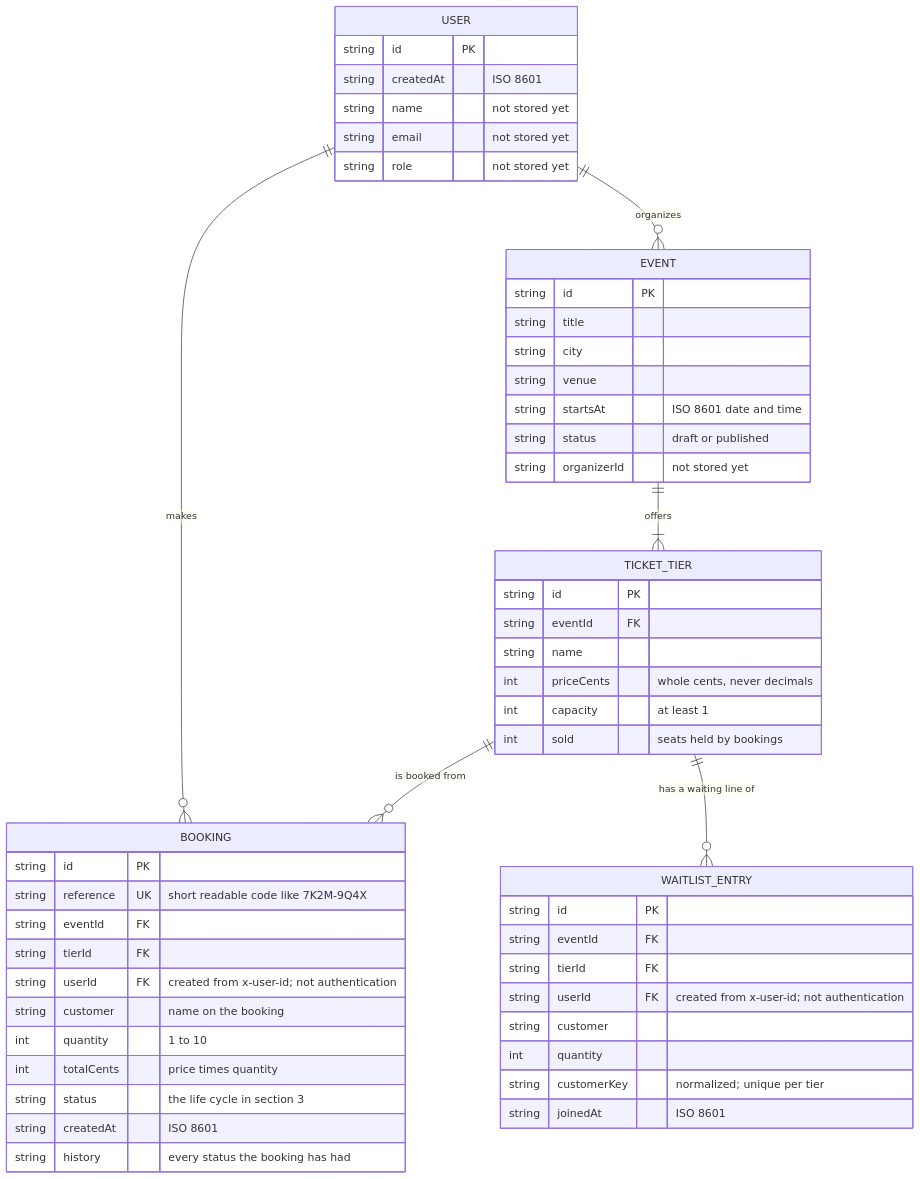
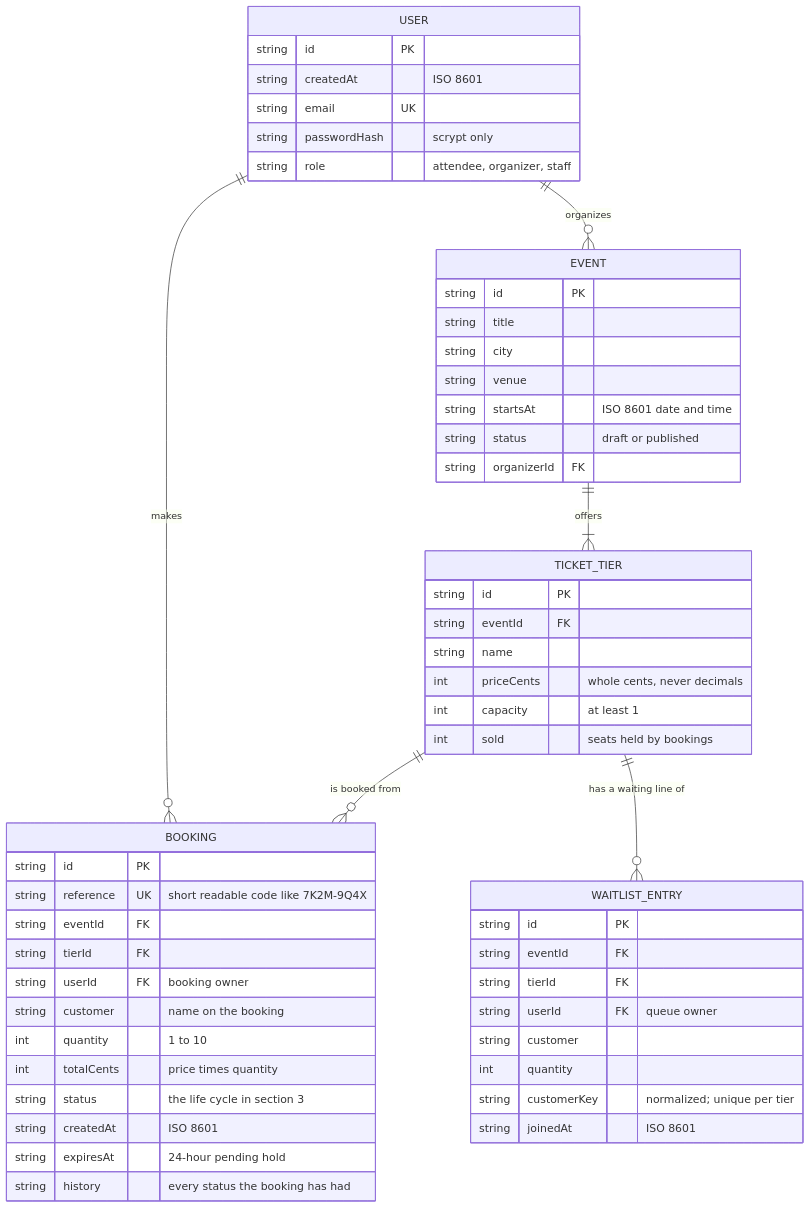
The second of 3 diagrams in docs/architecture.md (GreatEzekiel/my-dsa-capstone-project), drawn with Mermaid before and after one commit. The commit also changed other lines of this file and 43 other files, not shown here.

````diff
--- a/docs/architecture.md
+++ b/docs/architecture.md
@@ -102,56 +108,57 @@
 ```mermaid
 erDiagram
     USER ||--o{ EVENT : organizes
     USER ||--o{ BOOKING : makes
     EVENT ||--|{ TICKET_TIER : offers
     TICKET_TIER ||--o{ BOOKING : "is booked from"
     TICKET_TIER ||--o{ WAITLIST_ENTRY : "has a waiting line of"
 
     USER {
         string id PK
         string createdAt "ISO 8601"
-        string name "not stored yet"
-        string email "not stored yet"
-        string role "not stored yet"
+        string email UK
+        string passwordHash "scrypt only"
+        string role "attendee, organizer, staff"
     }
     EVENT {
         string id PK
         string title
         string city
         string venue
         string startsAt "ISO 8601 date and time"
         string status "draft or published"
-        string organizerId "not stored yet"
+        string organizerId FK
     }
     TICKET_TIER {
         string id PK
         string eventId FK
         string name
         int priceCents "whole cents, never decimals"
         int capacity "at least 1"
         int sold "seats held by bookings"
     }
     BOOKING {
         string id PK
         string reference UK "short readable code like 7K2M-9Q4X"
         string eventId FK
         string tierId FK
-        string userId FK "created from x-user-id; not authentication"
+        string userId FK "booking owner"
         string customer "name on the booking"
         int quantity "1 to 10"
         int totalCents "price times quantity"
         string status "the life cycle in section 3"
         string createdAt "ISO 8601"
+        string expiresAt "24-hour pending hold"
         string history "every status the booking has had"
     }
     WAITLIST_ENTRY {
         string id PK
         string eventId FK
         string tierId FK
-        string userId FK "created from x-user-id; not authentication"
+        string userId FK "queue owner"
         string customer
         int quantity
         string customerKey "normalized; unique per tier"
         string joinedAt "ISO 8601"
     }
 ```
````
